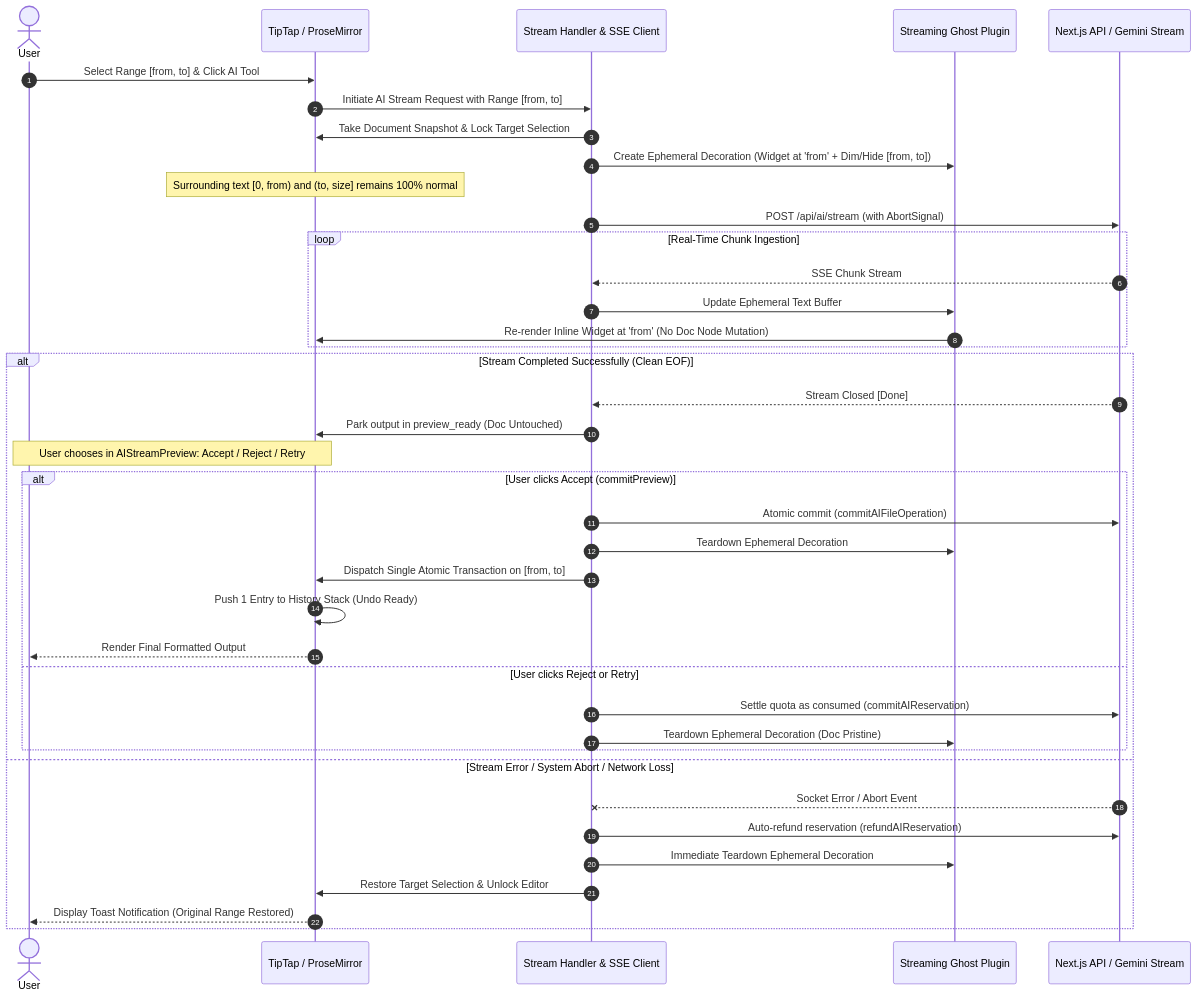
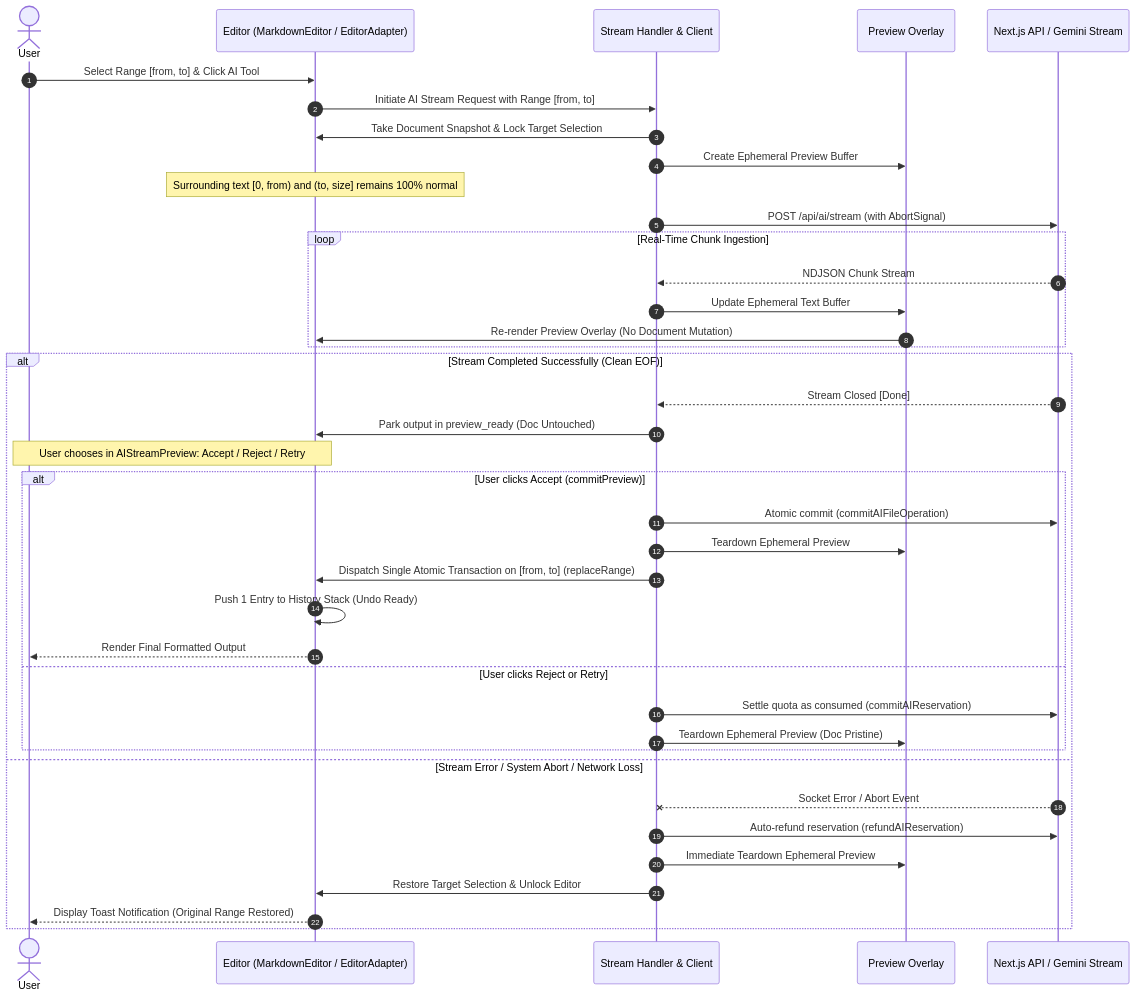
The diagram in docs/specs/UI_STREAMING_ARCHITECTURE_REQUIREMENTS.md (Abdullah931-stack/LUGX), drawn with Mermaid before and after one commit. The commit also changed other lines of this file and 24 other files, not shown here.

````diff
--- a/docs/specs/UI_STREAMING_ARCHITECTURE_REQUIREMENTS.md
+++ b/docs/specs/UI_STREAMING_ARCHITECTURE_REQUIREMENTS.md
@@ -28,44 +28,44 @@
 ```mermaid
 sequenceDiagram
     autonumber
     actor User
-    participant Editor as TipTap / ProseMirror
-    participant StreamHandler as Stream Handler & SSE Client
-    participant GhostExt as Streaming Ghost Plugin
+    participant Editor as Editor (MarkdownEditor / EditorAdapter)
+    participant StreamHandler as Stream Handler & Client
+    participant GhostExt as Preview Overlay
     participant Backend as Next.js API / Gemini Stream
 
     User->>Editor: Select Range [from, to] & Click AI Tool
     Editor->>StreamHandler: Initiate AI Stream Request with Range [from, to]
     StreamHandler->>Editor: Take Document Snapshot & Lock Target Selection
-    StreamHandler->>GhostExt: Create Ephemeral Decoration (Widget at 'from' + Dim/Hide [from, to])
+    StreamHandler->>GhostExt: Create Ephemeral Preview Buffer
     Note over Editor: Surrounding text [0, from) and (to, size] remains 100% normal
     StreamHandler->>Backend: POST /api/ai/stream (with AbortSignal)
     
     loop Real-Time Chunk Ingestion
-        Backend-->>StreamHandler: SSE Chunk Stream
+        Backend-->>StreamHandler: NDJSON Chunk Stream
         StreamHandler->>GhostExt: Update Ephemeral Text Buffer
-        GhostExt->>Editor: Re-render Inline Widget at 'from' (No Doc Node Mutation)
+        GhostExt->>Editor: Re-render Preview Overlay (No Document Mutation)
     end
 
     alt Stream Completed Successfully (Clean EOF)
         Backend-->>StreamHandler: Stream Closed [Done]
         StreamHandler->>Editor: Park output in preview_ready (Doc Untouched)
         Note over User,Editor: User chooses in AIStreamPreview: Accept / Reject / Retry
         alt User clicks Accept (commitPreview)
             StreamHandler->>Backend: Atomic commit (commitAIFileOperation)
-            StreamHandler->>GhostExt: Teardown Ephemeral Decoration
-            StreamHandler->>Editor: Dispatch Single Atomic Transaction on [from, to]
+            StreamHandler->>GhostExt: Teardown Ephemeral Preview
+            StreamHandler->>Editor: Dispatch Single Atomic Transaction on [from, to] (replaceRange)
             Editor->>Editor: Push 1 Entry to History Stack (Undo Ready)
             Editor-->>User: Render Final Formatted Output
         else User clicks Reject or Retry
             StreamHandler->>Backend: Settle quota as consumed (commitAIReservation)
-            StreamHandler->>GhostExt: Teardown Ephemeral Decoration (Doc Pristine)
+            StreamHandler->>GhostExt: Teardown Ephemeral Preview (Doc Pristine)
         end
     else Stream Error / System Abort / Network Loss
         Backend--xStreamHandler: Socket Error / Abort Event
         StreamHandler->>Backend: Auto-refund reservation (refundAIReservation)
-        StreamHandler->>GhostExt: Immediate Teardown Ephemeral Decoration
+        StreamHandler->>GhostExt: Immediate Teardown Ephemeral Preview
         StreamHandler->>Editor: Restore Target Selection & Unlock Editor
         Editor-->>User: Display Toast Notification (Original Range Restored)
     end
 ```
````
